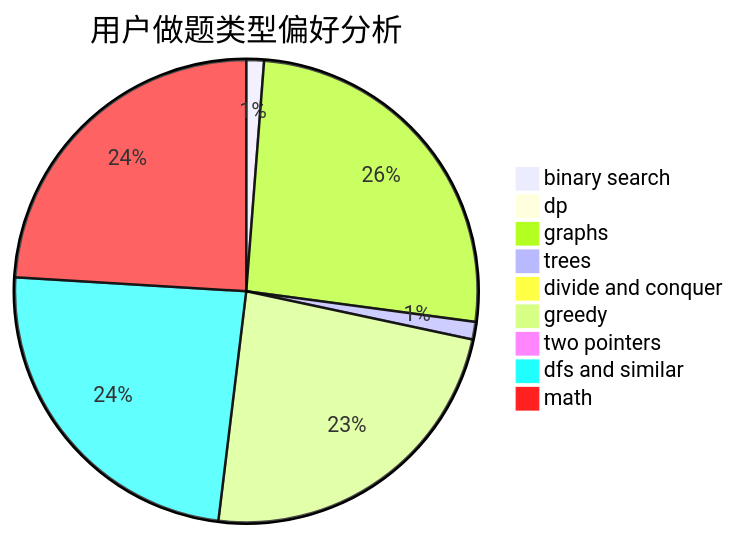
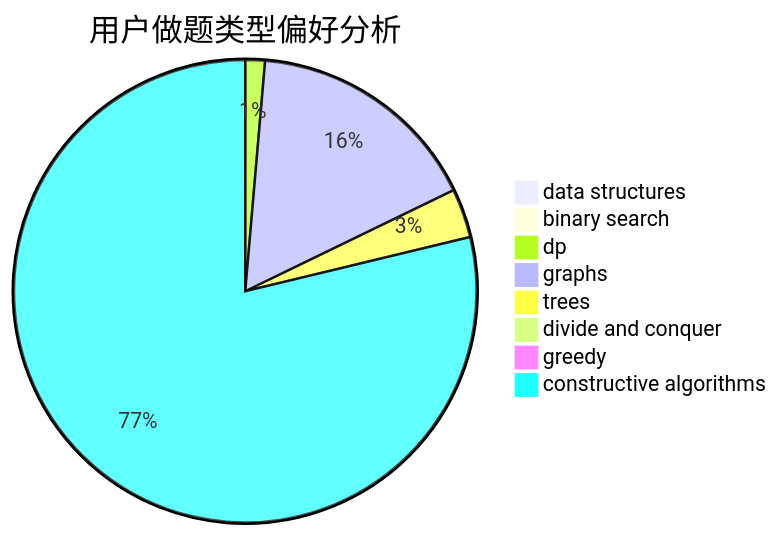
The second of 3 diagrams in docs/user/u2498.md (sherpahu/cfrs.github.io), drawn with Mermaid before and after one commit. The commit also changed other lines of this file and 2775 other files, not shown here.

````diff
--- a/docs/user/u2498.md
+++ b/docs/user/u2498.md
@@ -23,12 +23,11 @@
 ```mermaid
 pie title 用户做题类型偏好分析
-    "binary search" :  8
-    "dp" :  6
-    "graphs" :  168
-    "trees" :  8
+    "data structures" :  1
+    "binary search" :  1
+    "dp" :  2
+    "graphs" :  24
+    "trees" :  5
     "divide and conquer" :  1
-    "greedy" :  153
-    "two pointers" :  0
-    "dfs and similar" :  156
-    "math" :  156
+    "greedy" :  1
+    "constructive algorithms" :  115
 ```
````
